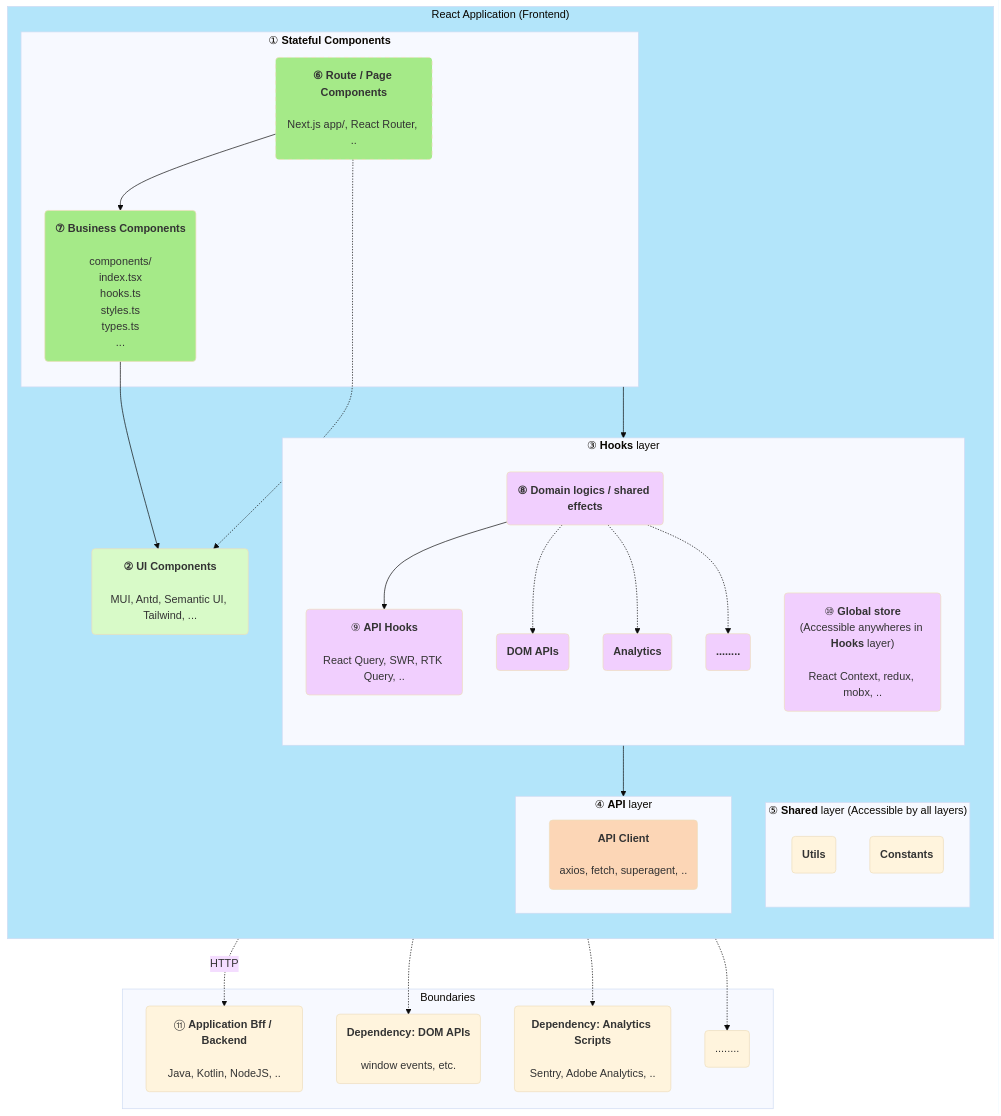
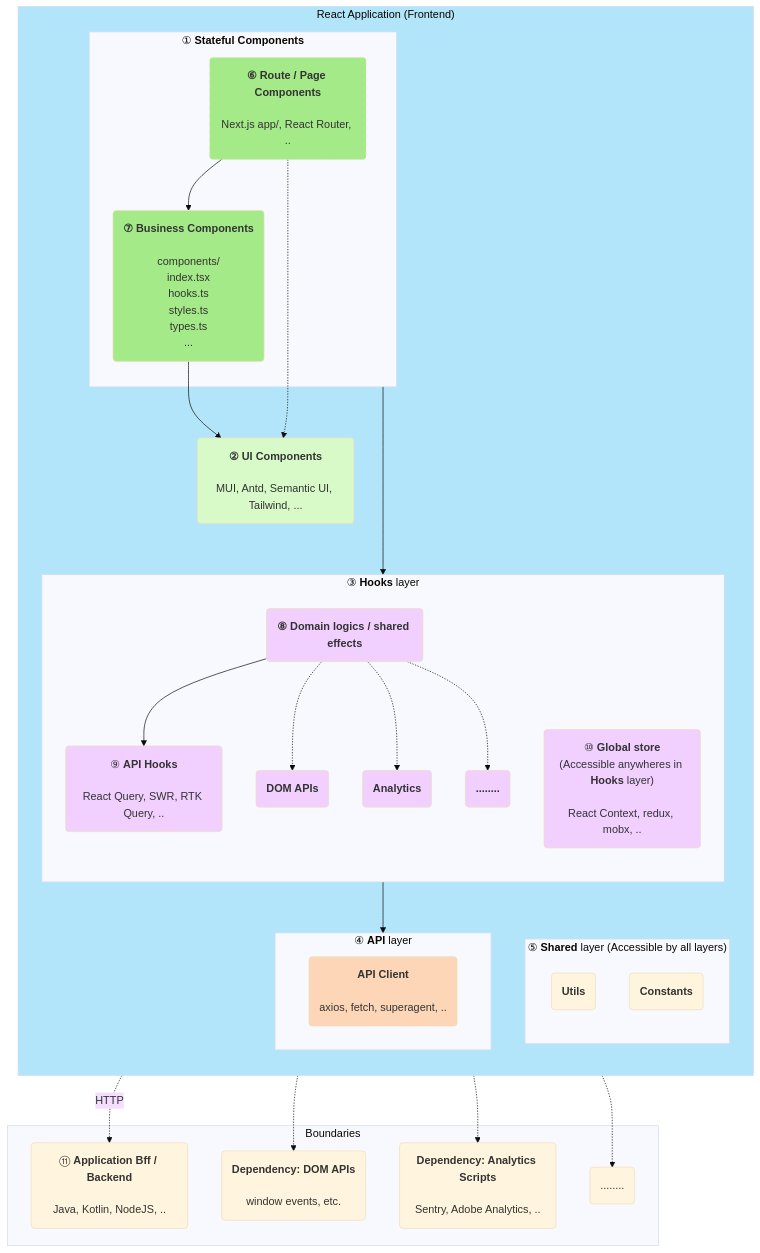
The second of 4 diagrams in _posts/2023-12-10-react-unit-testing-best-practices.md (EthanLin-TWer/blog), drawn with Mermaid (base theme) before and after one commit.

Commit message:
🌞post: re-organize the diagram to utilise more horizontal space visually

```diff
--- a/_posts/2023-12-10-react-unit-testing-best-practices.md
+++ b/_posts/2023-12-10-react-unit-testing-best-practices.md
@@ -142,12 +142,6 @@
   subgraph app ["React Application (Frontend)"];
     direction TB
 
-    subgraph shared_layer ["⑤ <b>Shared</b> layer (Accessible by all layers)"];
-      direction TB
-      utils
-      constants
-    end
-
     subgraph stateful_components ["① <b>Stateful Components</b>"]
       route_components
       business_components
@@ -157,15 +151,15 @@
     route_components --> business_components
     business_components --> ui_components
     route_components -.-> ui_components
-    
+ 
     subgraph hooks_layer ["③ <b>Hooks</b> layer"];
       direction TB
+      global_store
       api_hooks
       shared_hooks
       analytics_hooks
       dom_hooks
       etc_hooks
-        global_store
 
       shared_hooks --> api_hooks
       shared_hooks -.-> dom_hooks
@@ -174,8 +168,14 @@
       %% mermaid will mess up the whole chart when uncommenting following, but it's required
       %% api_hooks -. ResponseDTO .-> shared_hooks
     end
-    stateful_components ---> shared_hooks
-          
+    stateful_components ----> shared_hooks
+
+    subgraph shared_layer ["⑤ <b>Shared</b> layer (Accessible by all layers)"];
+      direction TB
+      utils
+      constants
+    end
+
     subgraph api_layer ["④ <b>API</b> layer"];
       api_client
     end
```
